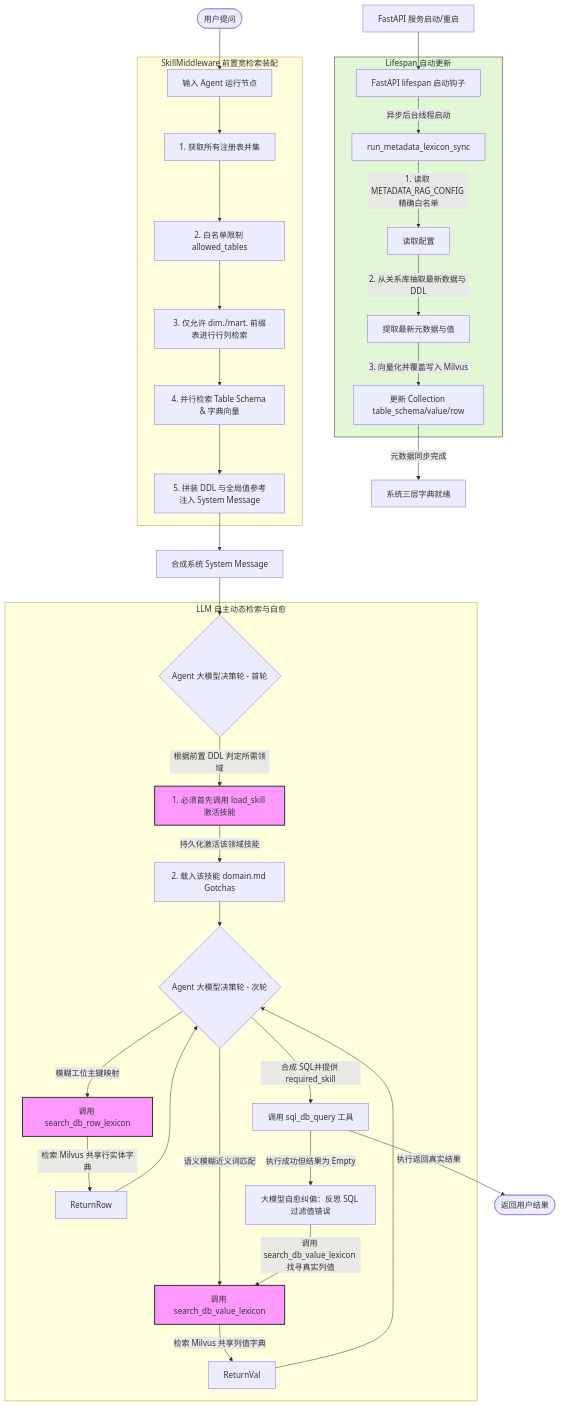
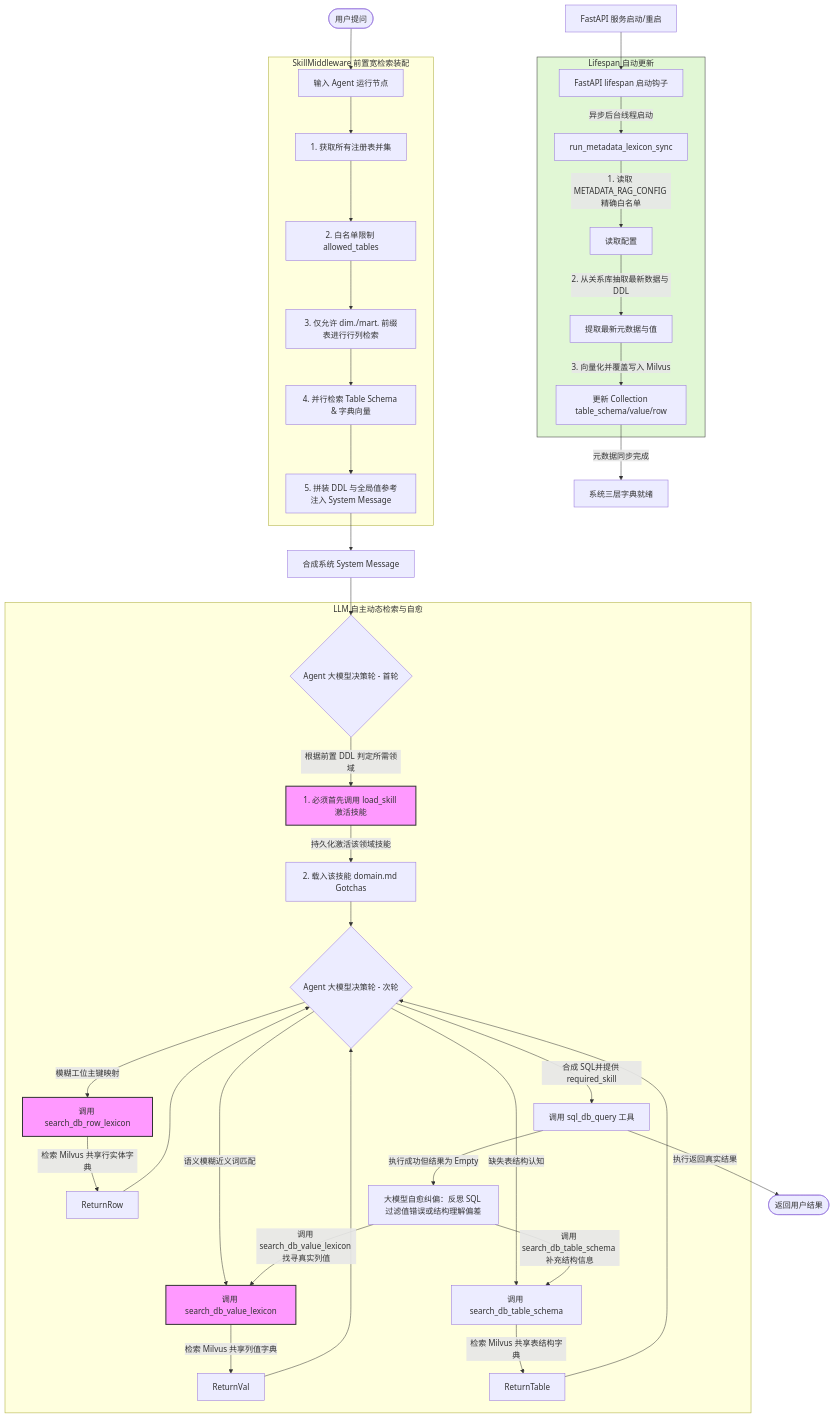
Before and after one commit to juliusceasar1130/react_agent: the diagram in docs/llamaindex_rag/LlamaIndex SQL 检索与本项目双轨融合设计报告.md, drawn with Mermaid. The commit also changed other lines of this file and 21 other files, not shown here.

First line of the commit message:
feat: implement active lexicon correction tools, schema summary embedding, and rewrite chart rules

````diff
--- a/docs/llamaindex_rag/LlamaIndex SQL 检索与本项目双轨融合设计报告.md
+++ b/docs/llamaindex_rag/LlamaIndex SQL 检索与本项目双轨融合设计报告.md
@@ -29,52 +31,55 @@
 ```mermaid
 flowchart TD
     Start[FastAPI 服务启动/重启] --> Lifespan[FastAPI lifespan 启动钩子]
     
     subgraph Lifespan_自动更新 [Lifespan 自动更新]
         Lifespan -->|异步后台线程启动| SyncTask[run_metadata_lexicon_sync]
         SyncTask -->|1. 读取 METADATA_RAG_CONFIG 精确白名单| ReadConfig[读取配置]
         ReadConfig -->|2. 从关系库抽取最新数据与 DDL| ExtractDB[提取最新元数据与值]
         ExtractDB -->|3. 向量化并覆盖写入 Milvus| OverwriteMilvus[更新 Collection table_schema/value/row]
     end
     
     OverwriteMilvus -->|元数据同步完成| SystemReady[系统三层字典就绪]
 
     User([用户提问]) --> Input[输入 Agent 运行节点]
     
     subgraph SkillMiddleware_前置宽检索装配 [SkillMiddleware 前置宽检索装配]
         Input --> GetUnion[1. 获取所有注册表并集]
         GetUnion --> SetScopeUnion[2. 白名单限制 allowed_tables]
         SetScopeUnion --> FilterDim[3. 仅允许 dim./mart. 前缀表进行行列检索]
         FilterDim --> AsyncGather[4. 并行检索 Table Schema & 字典向量]
         AsyncGather --> MergePrompt[5. 拼装 DDL 与全局值参考注入 System Message]
     end
 
     MergePrompt --> SystemPrompt[合成系统 System Message]
     SystemPrompt --> LLMAgent{Agent 大模型决策轮 - 首轮}
     
     subgraph LLM自主动态检索与自愈 [LLM 自主动态检索与自愈]
         LLMAgent -->|根据前置 DDL 判定所需领域| CallSkillTool[1. 必须首先调用 load_skill 激活技能]
         CallSkillTool -->|持久化激活该领域技能| ActiveSave[2. 载入该技能 domain.md Gotchas]
         ActiveSave --> LLMAgentNext{Agent 大模型决策轮 - 次轮}
         
         %% 向量路径
         LLMAgentNext -->|语义模糊近义词匹配| CallValTool[调用 search_db_value_lexicon]
         LLMAgentNext -->|模糊工位主键映射| CallRowTool[调用 search_db_row_lexicon]
+        LLMAgentNext -->|缺失表结构认知| CallTableTool[调用 search_db_table_schema]
         
         CallValTool -->|检索 Milvus 共享列值字典| ReturnVal
         CallRowTool -->|检索 Milvus 共享行实体字典| ReturnRow
+        CallTableTool -->|检索 Milvus 共享表结构字典| ReturnTable
         
-        ReturnVal & ReturnRow --> LLMAgentNext
+        ReturnVal & ReturnRow & ReturnTable --> LLMAgentNext
         
         LLMAgentNext -->|合成 SQL并提供 required_skill| CallSQLTool[调用 sql_db_query 工具]
         
-        CallSQLTool -->|执行成功但结果为 Empty| SelfReflection[大模型自愈纠偏：反思 SQL 过滤值错误]
+        CallSQLTool -->|执行成功但结果为 Empty| SelfReflection[大模型自愈纠偏：反思 SQL 过滤值错误或结构理解偏差]
         SelfReflection -->|调用 search_db_value_lexicon 找寻真实列值| CallValTool
+        SelfReflection -->|调用 search_db_table_schema 补充结构信息| CallTableTool
     end
     
     CallSQLTool -->|执行返回真实结果| ReturnUser([返回用户结果])
 
     classDef upgrade fill:#f9f,stroke:#333,stroke-width:2px;
     class RAG_Table,CallValTool,CallRowTool,CallSkillTool upgrade;
     style Lifespan_自动更新 fill:#e1f7d5,stroke:#333;
 ```
````
